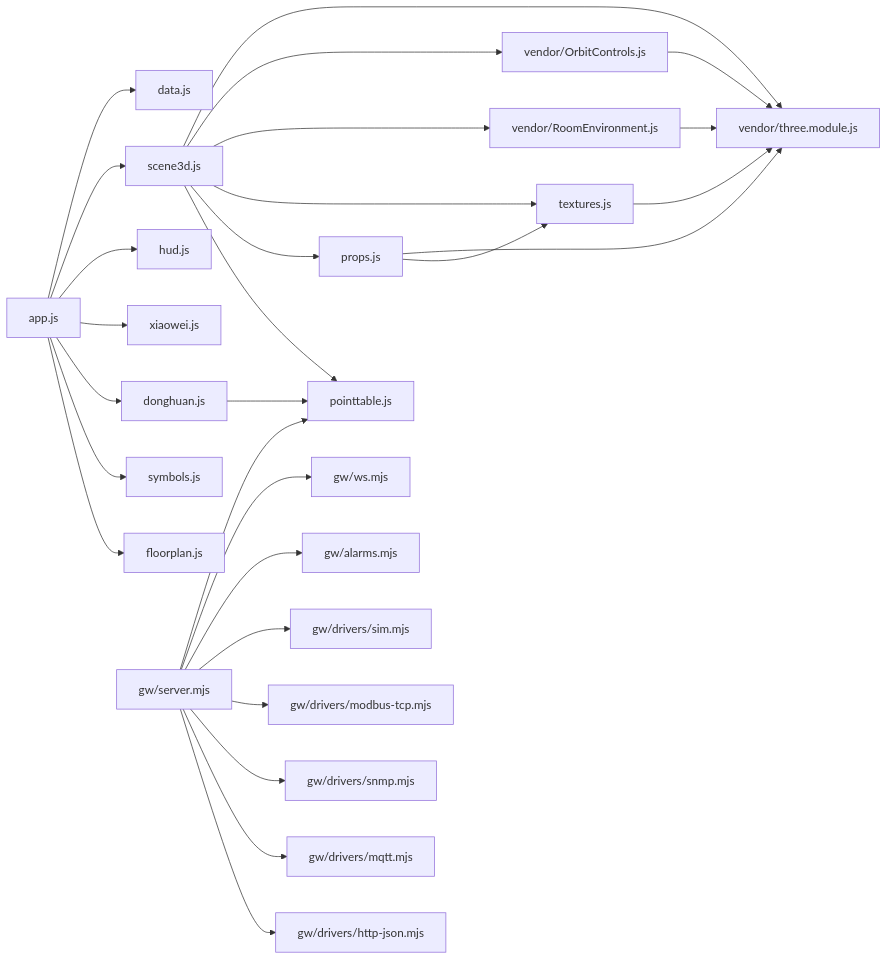
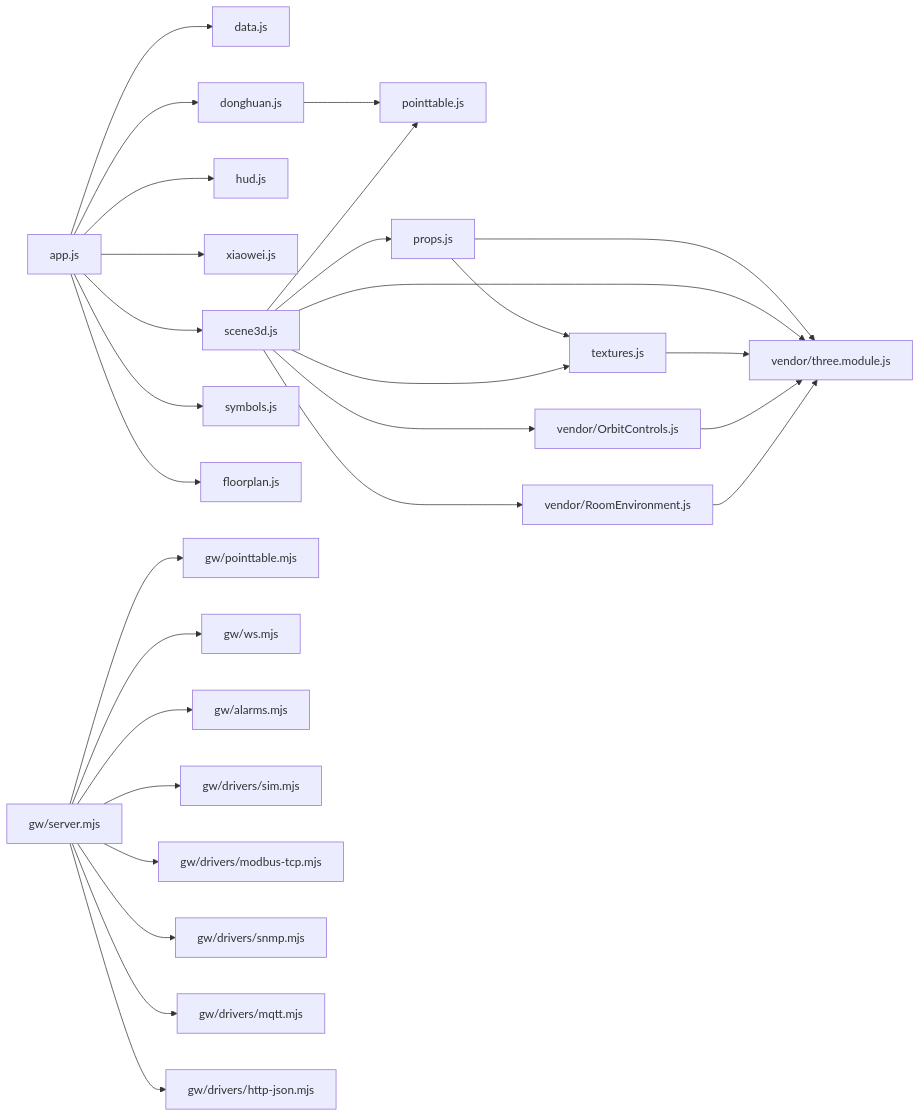
The second of 6 diagrams in docs/项目图谱.md (99kevindk/idc-visual-ops), drawn with Mermaid before and after one commit. The commit also changed other lines of this file and 30 other files, not shown here.

````diff
--- a/docs/项目图谱.md
+++ b/docs/项目图谱.md
@@ -57,11 +57,11 @@
 ```mermaid
 flowchart LR
   app_js["app.js"] --> data_js["data.js"] & scene3d_js["scene3d.js"] & hud_js["hud.js"] & xiaowei_js["xiaowei.js"] & donghuan_js["donghuan.js"] & symbols_js["symbols.js"] & floorplan_js["floorplan.js"]
   donghuan_js["donghuan.js"] --> pointtable_js["pointtable.js"]
   props_js["props.js"] --> vendor_three_module_js["vendor/three.module.js"] & textures_js["textures.js"]
   scene3d_js["scene3d.js"] --> vendor_three_module_js["vendor/three.module.js"] & vendor_OrbitControls_js["vendor/OrbitControls.js"] & vendor_RoomEnvironment_js["vendor/RoomEnvironment.js"] & textures_js["textures.js"] & props_js["props.js"] & pointtable_js["pointtable.js"]
   textures_js["textures.js"] --> vendor_three_module_js["vendor/three.module.js"]
-  gw_server_mjs["gw/server.mjs"] --> pointtable_js["pointtable.js"] & gw_ws_mjs["gw/ws.mjs"] & gw_alarms_mjs["gw/alarms.mjs"] & gw_drivers_sim_mjs["gw/drivers/sim.mjs"] & gw_drivers_modbus-tcp_mjs["gw/drivers/modbus-tcp.mjs"] & gw_drivers_snmp_mjs["gw/drivers/snmp.mjs"] & gw_drivers_mqtt_mjs["gw/drivers/mqtt.mjs"] & gw_drivers_http-json_mjs["gw/drivers/http-json.mjs"]
+  gw_server_mjs["gw/server.mjs"] --> gw_pointtable_mjs["gw/pointtable.mjs"] & gw_ws_mjs["gw/ws.mjs"] & gw_alarms_mjs["gw/alarms.mjs"] & gw_drivers_sim_mjs["gw/drivers/sim.mjs"] & gw_drivers_modbus-tcp_mjs["gw/drivers/modbus-tcp.mjs"] & gw_drivers_snmp_mjs["gw/drivers/snmp.mjs"] & gw_drivers_mqtt_mjs["gw/drivers/mqtt.mjs"] & gw_drivers_http-json_mjs["gw/drivers/http-json.mjs"]
   vendor_OrbitControls_js["vendor/OrbitControls.js"] --> vendor_three_module_js["vendor/three.module.js"]
   vendor_RoomEnvironment_js["vendor/RoomEnvironment.js"] --> vendor_three_module_js["vendor/three.module.js"]
 ```
````
